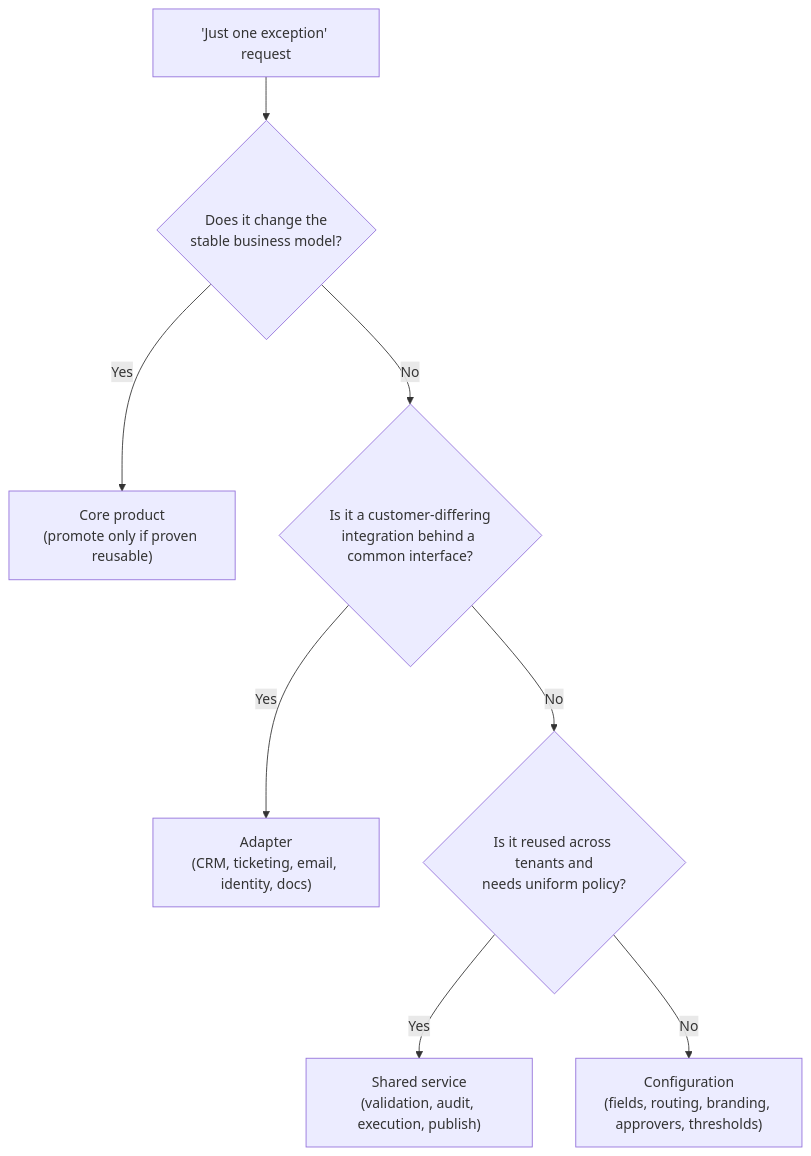
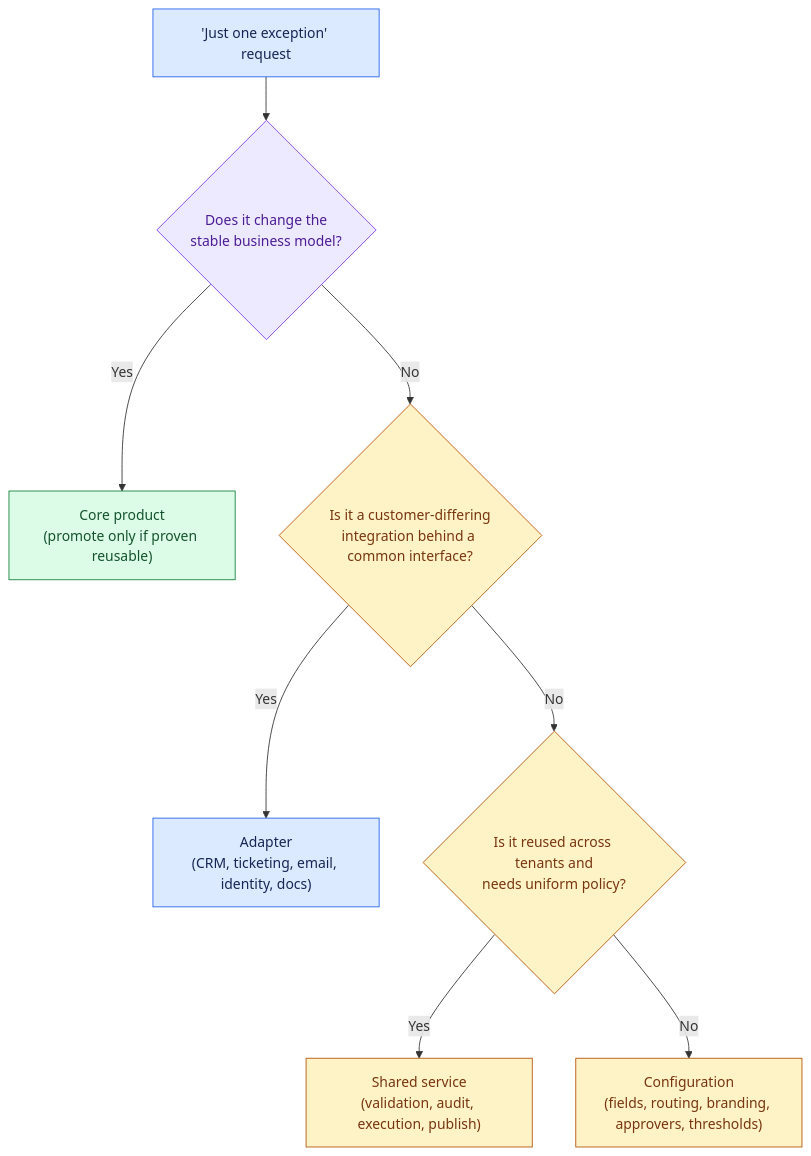
The second of 2 diagrams in site/content/modules/15-fde-case-studies/standalone-designs/configurable-platform-customer-workflows/tutorial-v2-part-5.md (Sourav692/Forward-Deployed-Engineer-Interview-Prep), drawn with Mermaid before and after one commit. The commit also changed other lines of this file and 1268 other files, not shown here.

First line of the commit message:
content: polish Casebook writing and Mermaid diagrams (#251)

````diff
--- a/site/content/modules/15-fde-case-studies/standalone-designs/configurable-platform-customer-workflows/tutorial-v2-part-5.md
+++ b/site/content/modules/15-fde-case-studies/standalone-designs/configurable-platform-customer-workflows/tutorial-v2-part-5.md
@@ -93,10 +103,20 @@
 ```mermaid
 flowchart TD
   REQ["'Just one exception' request"] --> Q1{"Does it change the<br/>stable business model?"}
   Q1 -->|Yes| CORE["Core product<br/>(promote only if proven reusable)"]
   Q1 -->|No| Q2{"Is it a customer-differing<br/>integration behind a common interface?"}
   Q2 -->|Yes| ADAPTER["Adapter<br/>(CRM, ticketing, email, identity, docs)"]
   Q2 -->|No| Q3{"Is it reused across tenants and<br/>needs uniform policy?"}
   Q3 -->|Yes| SHARED["Shared service<br/>(validation, audit, execution, publish)"]
   Q3 -->|No| CONFIG["Configuration<br/>(fields, routing, branding, approvers, thresholds)"]
+
+    %% Casebook colours: entry, reasoning, results, controls, and stopped paths.
+    classDef cbInput fill:#dbeafe,stroke:#2563eb,color:#172554
+    class REQ,ADAPTER cbInput
+    classDef cbReason fill:#ede9fe,stroke:#7c3aed,color:#4c1d95
+    class Q1 cbReason
+    classDef cbAction fill:#dcfce7,stroke:#15803d,color:#14532d
+    class CORE cbAction
+    classDef cbPolicy fill:#fef3c7,stroke:#b45309,color:#78350f
+    class Q2,Q3,SHARED,CONFIG cbPolicy
 ```
````
